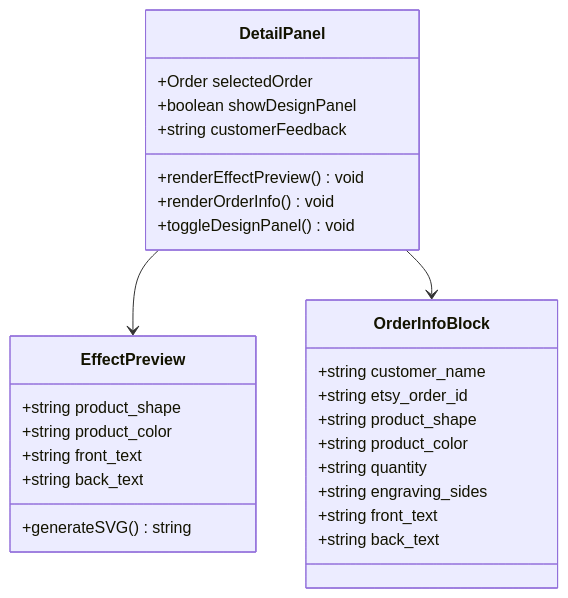
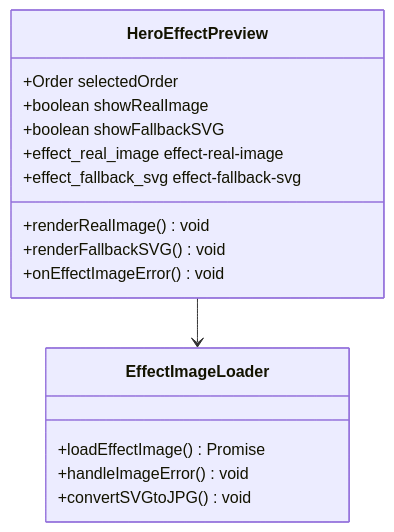
One commit to SY6621/POD-Order-Management changed the third of 18 diagrams in .qoder/repowiki/zh/content/开发指南/客服外链左侧栏模板.md. Above: the diagram before and after it, drawn with Mermaid. The commit also changed other lines of this file and 7 other files, not shown here.

````diff
--- a/.qoder/repowiki/zh/content/开发指南/客服外链左侧栏模板.md
+++ b/.qoder/repowiki/zh/content/开发指南/客服外链左侧栏模板.md
@@ -122,30 +135,19 @@
 ```mermaid
 classDiagram
-class DetailPanel {
+class HeroEffectPreview {
 +Order selectedOrder
-+boolean showDesignPanel
-+string customerFeedback
-+renderEffectPreview() void
-+renderOrderInfo() void
-+toggleDesignPanel() void
++boolean showRealImage
++boolean showFallbackSVG
++effect_real_image effect-real-image
++effect_fallback_svg effect-fallback-svg
++renderRealImage() void
++renderFallbackSVG() void
++onEffectImageError() void
 }
-class EffectPreview {
-+string product_shape
-+string product_color
-+string front_text
-+string back_text
-+generateSVG() string
+class EffectImageLoader {
++loadEffectImage() Promise
++handleImageError() void
++convertSVGtoJPG() void
 }
-class OrderInfoBlock {
-+string customer_name
-+string etsy_order_id
-+string product_shape
-+string product_color
-+string quantity
-+string engraving_sides
-+string front_text
-+string back_text
-}
-DetailPanel --> EffectPreview
-DetailPanel --> OrderInfoBlock
+HeroEffectPreview --> EffectImageLoader
 ```
````
